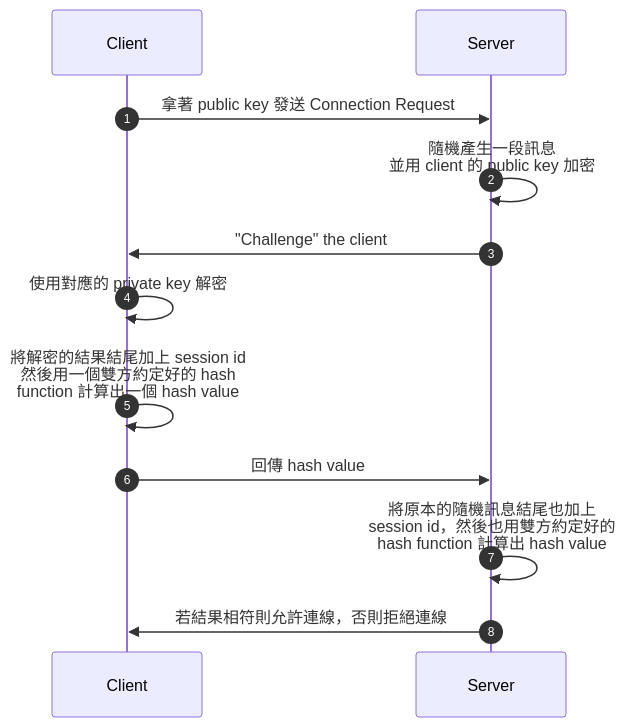
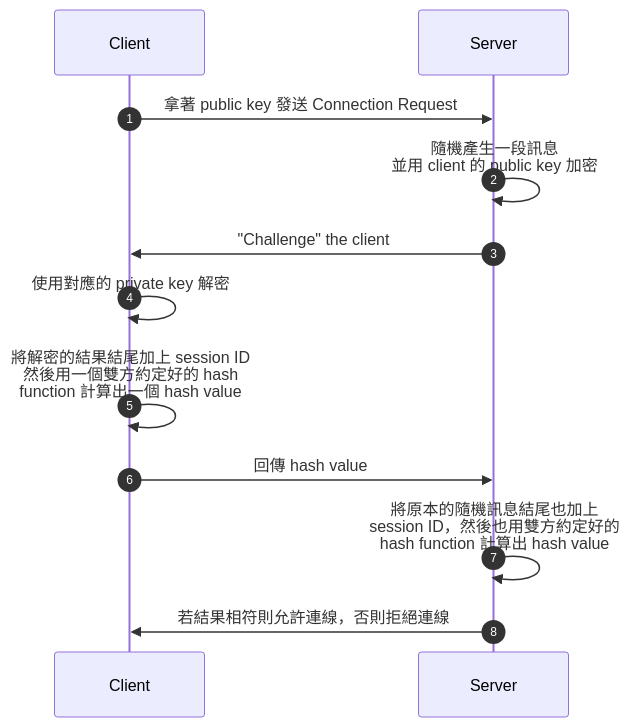
The fourth of 7 diagrams in Network/SSH/SSH 基本概念.md (bingyangchen/KM-software), drawn with Mermaid before and after one commit. The commit also changed other lines of this file and 20 other files, not shown here.

````diff
--- a/Network/SSH/SSH 基本概念.md
+++ b/Network/SSH/SSH 基本概念.md
@@ -109,12 +109,12 @@
     ```mermaid
     sequenceDiagram
         autonumber
         Client->>Server: 拿著 public key 發送 Connection Request
         Server->>Server: 隨機產生一段訊息<br/>並用 client 的 public key 加密
         Server->>Client: "Challenge" the client
         Client->>Client: 使用對應的 private key 解密
-        Client->>Client: 將解密的結果結尾加上 session id<br/>然後用一個雙方約定好的 hash<br/>function 計算出一個 hash value
+        Client->>Client: 將解密的結果結尾加上 session ID<br/>然後用一個雙方約定好的 hash<br/>function 計算出一個 hash value
         Client->>Server: 回傳 hash value
-        Server->>Server: 將原本的隨機訊息結尾也加上<br/>session id，然後也用雙方約定好的<br/>hash function 計算出 hash value
+        Server->>Server: 將原本的隨機訊息結尾也加上<br/>session ID，然後也用雙方約定好的<br/>hash function 計算出 hash value
         Server->>Client: 若結果相符則允許連線，否則拒絕連線
     ```
````
